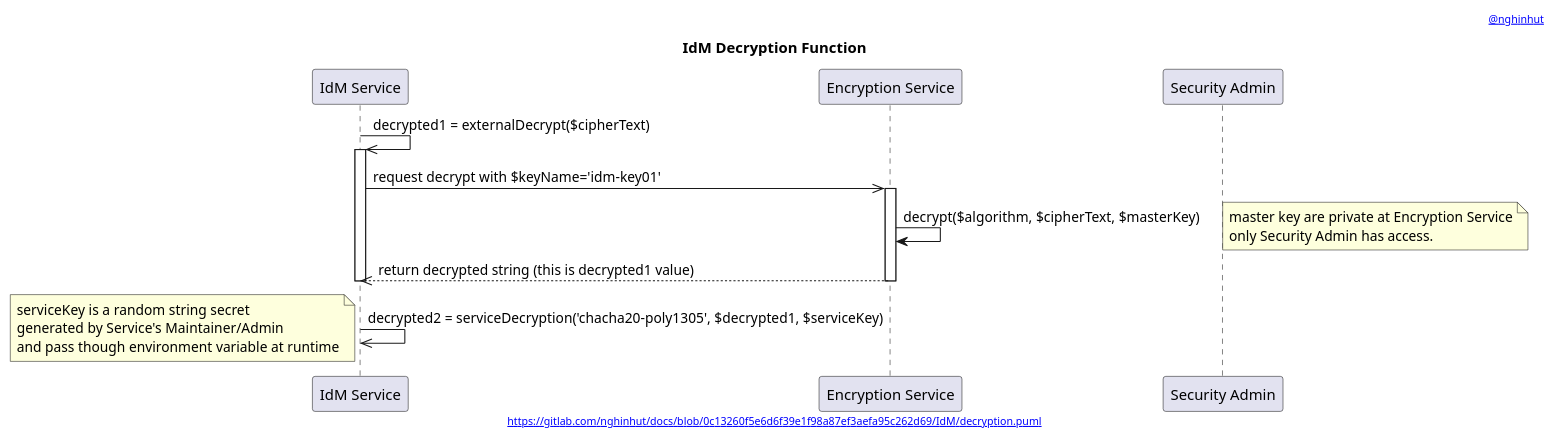
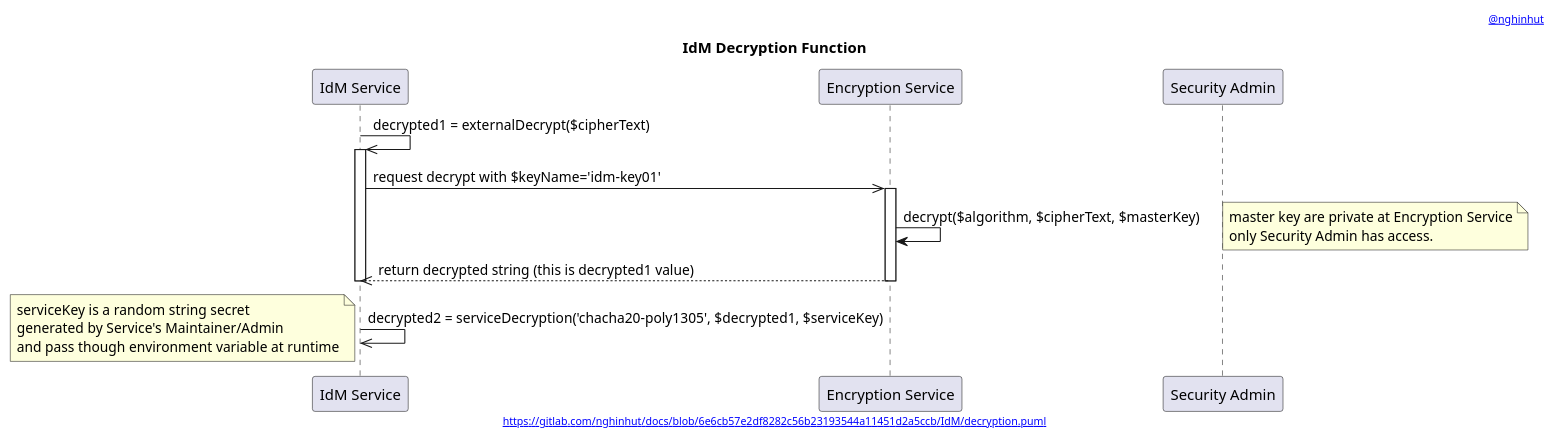
One commit to nghinhut/docs changed the diagram in IdM/decryption.function.puml. Above: the diagram before and after it, drawn with PlantUML. The commit also changed 32 other files, not shown here.

```diff
--- a/IdM/decryption.function.puml
+++ b/IdM/decryption.function.puml
@@ -1,32 +1,32 @@
 @startuml
 '-----START auto generated metadata please keep comment here to allow auto update-----
 '-----DON'T EDIT THIS SECTION, INSTEAD RE-RUN prebuild.sh TO UPDATE-----
-header [[https://www.nghinhut.dev?from=http%5C%3A%5C%2F%5C%2Fwww%5C.plantuml%5C.com%5C%2Fplantuml%5C%2Fproxy%3Ffmt%3Dsvg%5C%26src%3Dhttps%5C%3A%5C%2F%5C%2Fgitlab%5C.com%5C%2Fnghinhut%5C%2Fdocs%5C%2Fraw%5C%2F0c13260f5e6d6f39e1f98a87ef3aefa95c262d69%5C%2FIdM%5C%2Fdecryption%5C.puml%0A @nghinhut]]
-footer [[http://www.plantuml.com/plantuml/proxy?fmt=svg&src=https://gitlab.com/nghinhut/docs/raw/0c13260f5e6d6f39e1f98a87ef3aefa95c262d69/IdM/decryption.puml https://gitlab.com/nghinhut/docs/blob/0c13260f5e6d6f39e1f98a87ef3aefa95c262d69/IdM/decryption.puml]]
+header [[https://www.nghinhut.dev?from=http%5C%3A%5C%2F%5C%2Fwww%5C.plantuml%5C.com%5C%2Fplantuml%5C%2Fproxy%3Ffmt%3Dsvg%5C%26src%3Dhttps%5C%3A%5C%2F%5C%2Fgitlab%5C.com%5C%2Fnghinhut%5C%2Fdocs%5C%2Fraw%5C%2F6e6cb57e2df8282c56b23193544a11451d2a5ccb%5C%2FIdM%5C%2Fdecryption%5C.puml%0A @nghinhut]]
+footer [[http://www.plantuml.com/plantuml/proxy?fmt=svg&src=https://gitlab.com/nghinhut/docs/raw/6e6cb57e2df8282c56b23193544a11451d2a5ccb/IdM/decryption.puml https://gitlab.com/nghinhut/docs/blob/6e6cb57e2df8282c56b23193544a11451d2a5ccb/IdM/decryption.puml]]
 '-----END auto generated metadata please keep comment here to allow auto update-----
 title IdM Decryption Function
 participant "IdM Service" as idm
 participant "Encryption Service" as es
 participant "Security Admin" as esAdmin
 
 
 idm ->> idm : decrypted1 = externalDecrypt($cipherText)
 activate idm
     idm ->> es : request decrypt with $keyName='idm-key01'
     activate es
         es -> es : decrypt($algorithm, $cipherText, $masterKey)
         note right
             master key are private at Encryption Service
             only Security Admin has access.
         end note
         idm <<-- es : return decrypted string (this is decrypted1 value)
     deactivate es
 deactivate idm
 
 idm ->> idm : decrypted2 = serviceDecryption('chacha20-poly1305', $decrypted1, $serviceKey)
 note left
     serviceKey is a random string secret
     generated by Service's Maintainer/Admin
     and pass though environment variable at runtime
 end note
 @enduml
```
